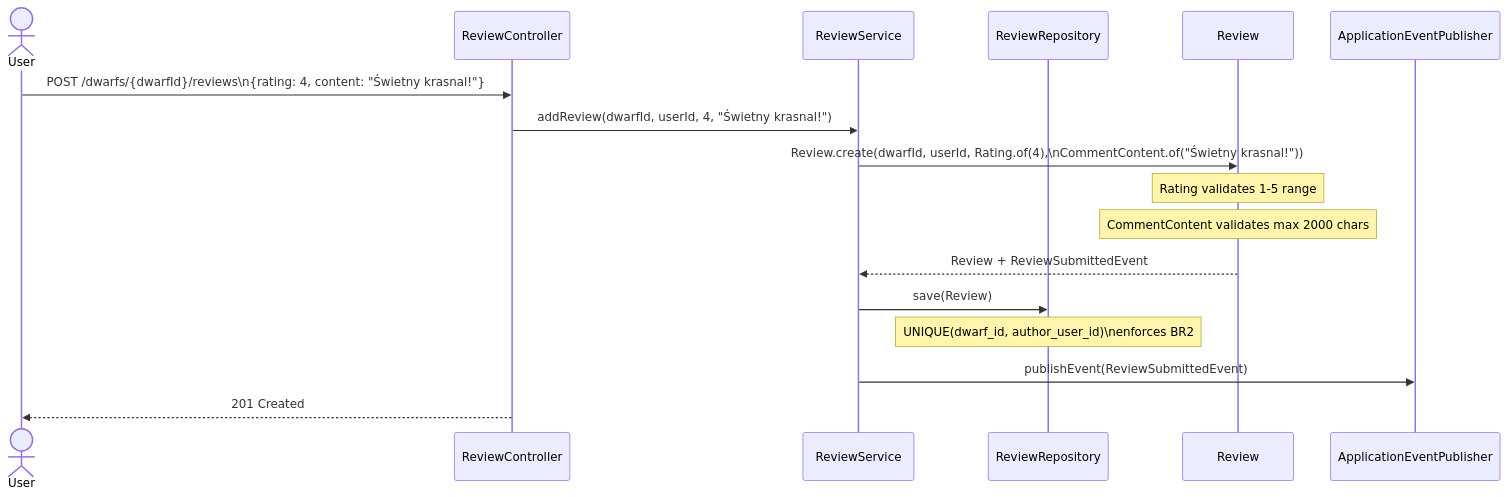
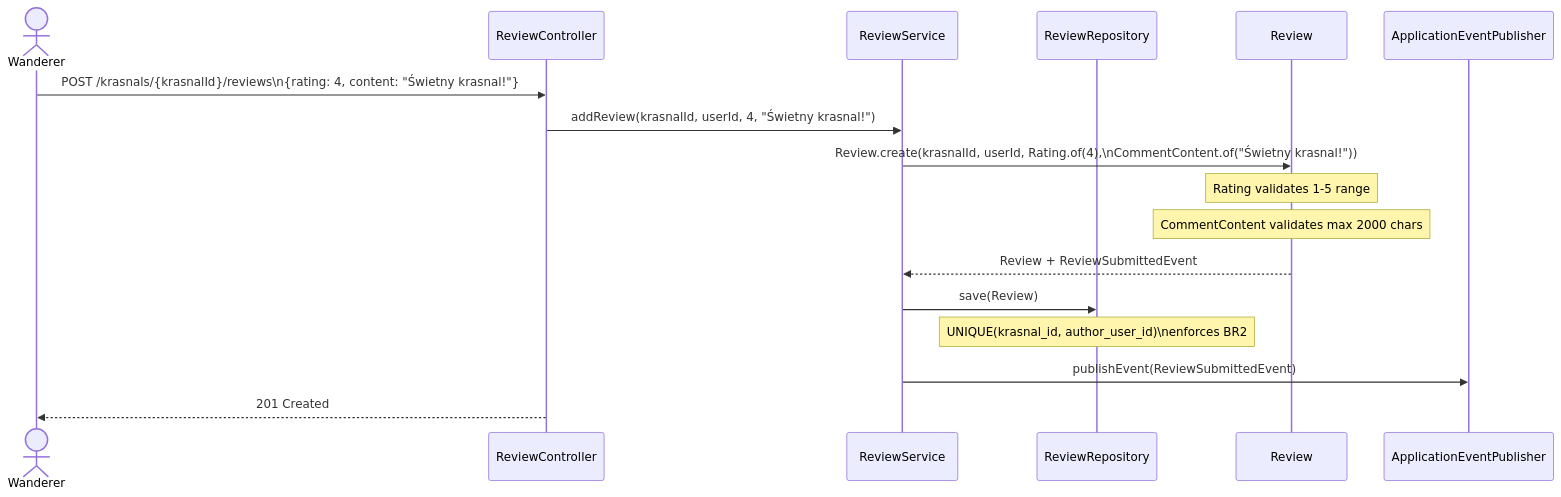
The seventh of 9 diagrams in plans/02-tactical.md (N3cro0o/MiASI-project-part-2), drawn with Mermaid before and after one commit. The commit also changed other lines of this file and 1 other file, not shown here.

Commit message:
refactor: rename User role to Wanderer and add administrative direct-create feature to strategic and tactical plans

````diff
--- a/plans/02-tactical.md
+++ b/plans/02-tactical.md
@@ -597,23 +602,23 @@
 ```mermaid
 sequenceDiagram
-    actor User
+    actor Wanderer
     participant RC as ReviewController
     participant RS as ReviewService
     participant RR as ReviewRepository
     participant REV as Review
     participant PUB as ApplicationEventPublisher
 
-    User->>RC: POST /dwarfs/{dwarfId}/reviews\n{rating: 4, content: "Świetny krasnal!"}
-    RC->>RS: addReview(dwarfId, userId, 4, "Świetny krasnal!")
+    Wanderer->>RC: POST /krasnals/{krasnalId}/reviews\n{rating: 4, content: "Świetny krasnal!"}
+    RC->>RS: addReview(krasnalId, userId, 4, "Świetny krasnal!")
 
-    RS->>REV: Review.create(dwarfId, userId, Rating.of(4),\nCommentContent.of("Świetny krasnal!"))
+    RS->>REV: Review.create(krasnalId, userId, Rating.of(4),\nCommentContent.of("Świetny krasnal!"))
     Note over REV: Rating validates 1-5 range
     Note over REV: CommentContent validates max 2000 chars
     REV-->>RS: Review + ReviewSubmittedEvent
 
     RS->>RR: save(Review)
-    Note over RR: UNIQUE(dwarf_id, author_user_id)\nenforces BR2
+    Note over RR: UNIQUE(krasnal_id, author_user_id)\nenforces BR2
     RS->>PUB: publishEvent(ReviewSubmittedEvent)
 
-    RC-->>User: 201 Created
+    RC-->>Wanderer: 201 Created
 ```
````
